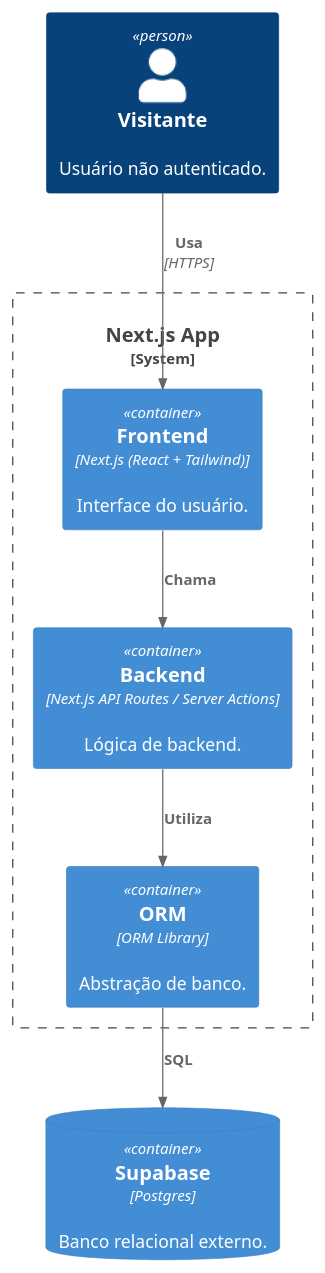
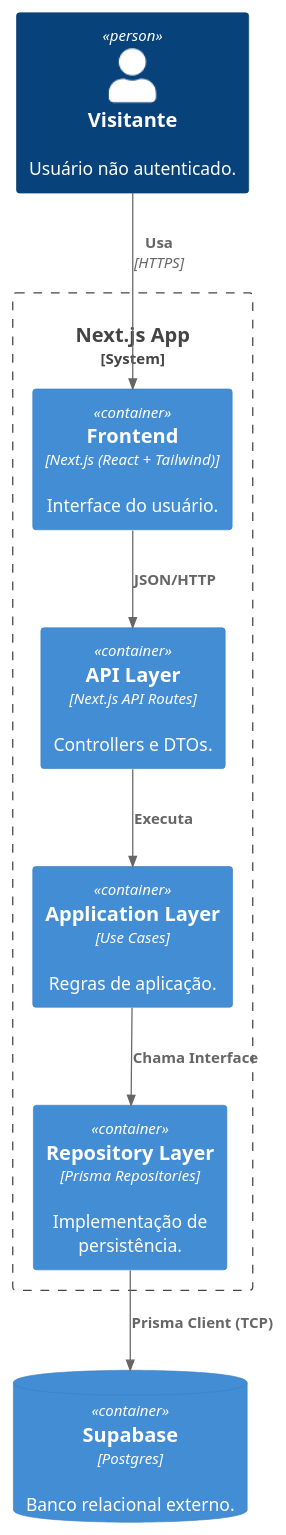
The diagram in arch/containers.puml (ricodealma/cdc-website), drawn with PlantUML before and after one commit. The commit also changed 61 other files, not shown here.

```diff
--- a/arch/containers.puml
+++ b/arch/containers.puml
@@ -1,19 +1,21 @@
 @startuml containers
 !includeurl https://raw.githubusercontent.com/plantuml-stdlib/C4-PlantUML/master/C4_Container.puml
 
 Person(visitor, "Visitante", "Usuário não autenticado.")
 
 System_Boundary(c1, "Next.js App") {
     Container(frontend, "Frontend", "Next.js (React + Tailwind)", "Interface do usuário.")
-    Container(backend, "Backend", "Next.js API Routes / Server Actions", "Lógica de backend.")
-    Container(orm, "ORM", "ORM Library", "Abstração de banco.")
+    Container(api, "API Layer", "Next.js API Routes", "Controllers e DTOs.")
+    Container(usecase, "Application Layer", "Use Cases", "Regras de aplicação.")
+    Container(repo, "Repository Layer", "Prisma Repositories", "Implementação de persistência.")
 }
 
 ContainerDb(supabase, "Supabase", "Postgres", "Banco relacional externo.")
 
 Rel(visitor, frontend, "Usa", "HTTPS")
-Rel(frontend, backend, "Chama")
-Rel(backend, orm, "Utiliza")
-Rel(orm, supabase, "SQL")
+Rel(frontend, api, "JSON/HTTP")
+Rel(api, usecase, "Executa")
+Rel(usecase, repo, "Chama Interface")
+Rel(repo, supabase, "Prisma Client (TCP)")
 
 @enduml
```
